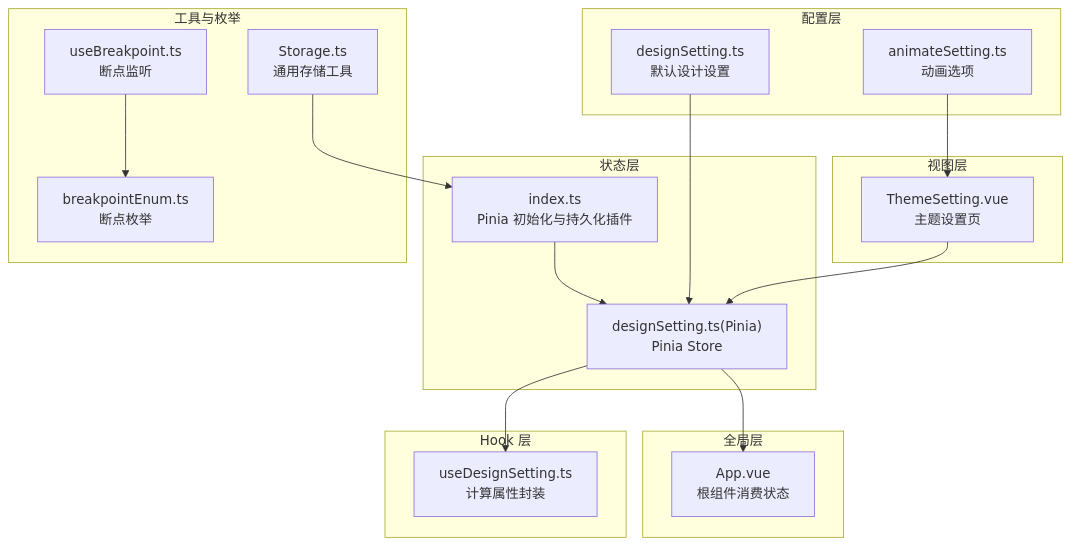
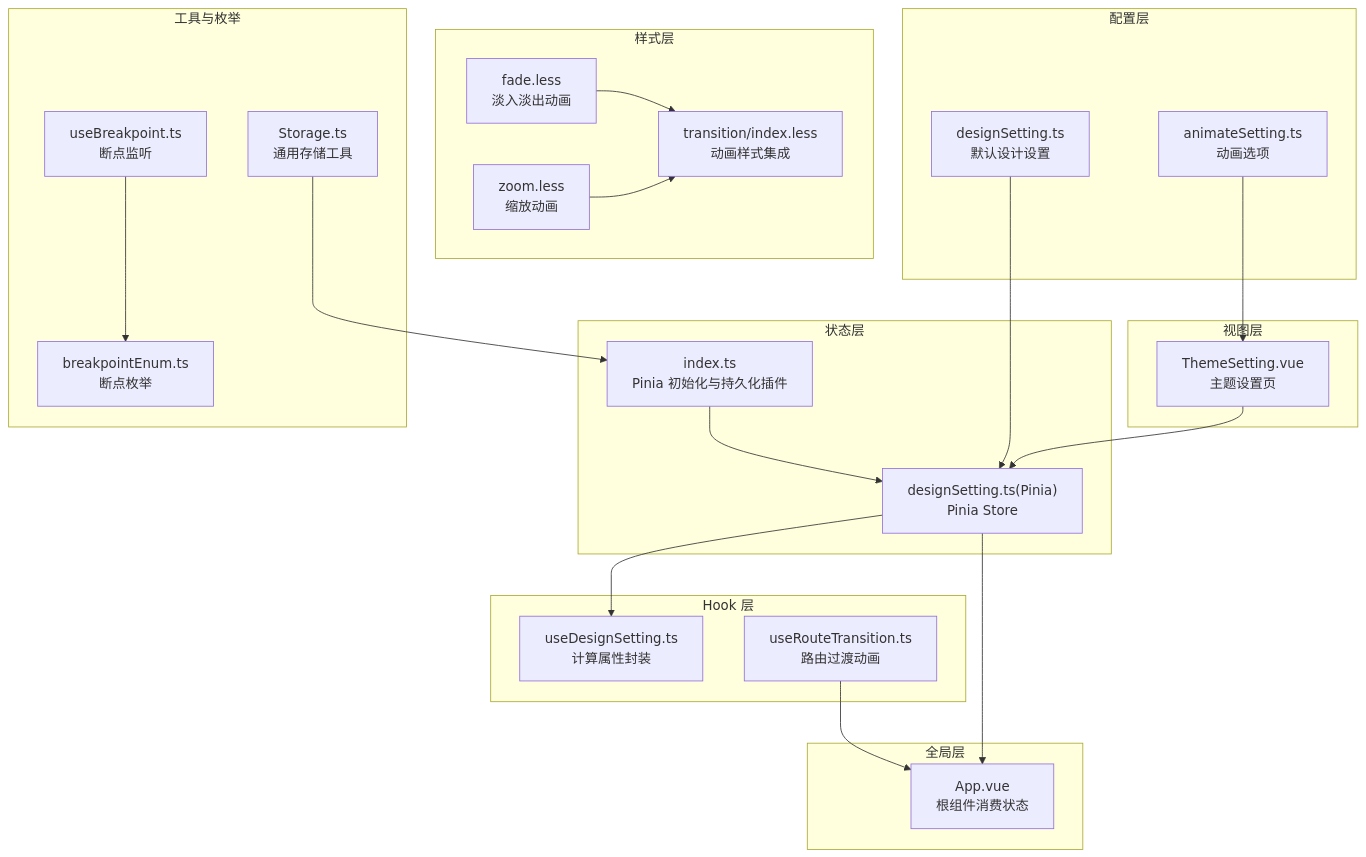
Before and after one commit to giserman001/vue3-vant4-mobile: the first of 6 diagrams in .qoder/repowiki/zh/content/核心系统/状态管理系统/设计设置状态.md, drawn with Mermaid. The commit also changed other lines of this file and 13 other files, not shown here.

````diff
--- a/.qoder/repowiki/zh/content/核心系统/状态管理系统/设计设置状态.md
+++ b/.qoder/repowiki/zh/content/核心系统/状态管理系统/设计设置状态.md
@@ -50,33 +62,42 @@
 ```mermaid
 graph TB
 subgraph "配置层"
 DS["designSetting.ts<br/>默认设计设置"]
 AN["animateSetting.ts<br/>动画选项"]
 end
 subgraph "状态层"
 PST["designSetting.ts(Pinia)<br/>Pinia Store"]
 PINIAX["index.ts<br/>Pinia 初始化与持久化插件"]
 end
 subgraph "Hook 层"
 UDS["useDesignSetting.ts<br/>计算属性封装"]
+RT["useRouteTransition.ts<br/>路由过渡动画"]
 end
 subgraph "视图层"
 TS["ThemeSetting.vue<br/>主题设置页"]
 end
 subgraph "全局层"
 APP["App.vue<br/>根组件消费状态"]
+end
+subgraph "样式层"
+FADE["fade.less<br/>淡入淡出动画"]
+ZOOM["zoom.less<br/>缩放动画"]
+TRANS["transition/index.less<br/>动画样式集成"]
 end
 subgraph "工具与枚举"
 BP["useBreakpoint.ts<br/>断点监听"]
 BE["breakpointEnum.ts<br/>断点枚举"]
 ST["Storage.ts<br/>通用存储工具"]
 end
 DS --> PST
 AN --> TS
 PST --> UDS
 PST --> APP
 TS --> PST
+RT --> APP
+FADE --> TRANS
+ZOOM --> TRANS
 BP --> BE
 PINIAX --> PST
 ST --> PINIAX
 ```
````
